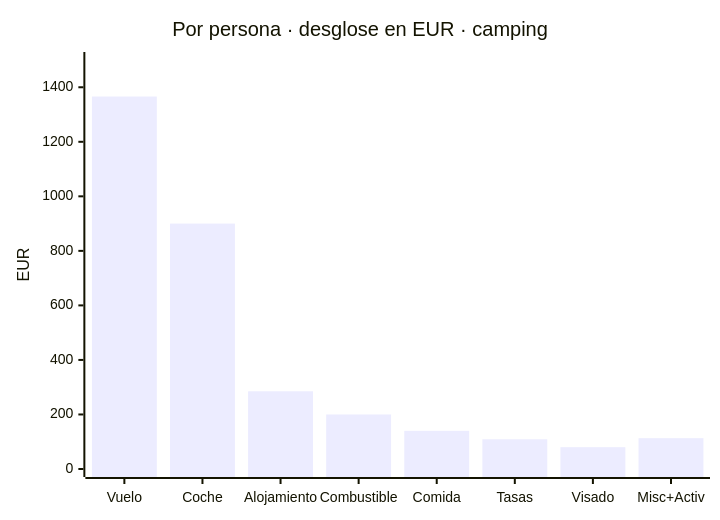
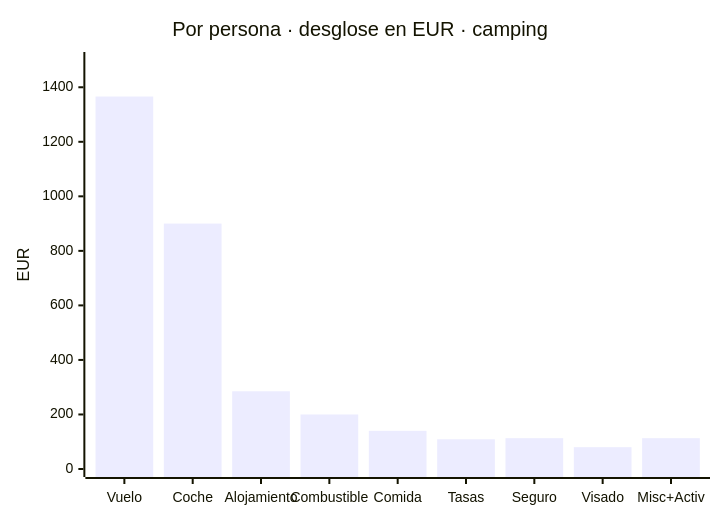
Before and after one commit to morandeirachema/namibia: the sixth of 8 diagrams in README.md, drawn with Mermaid. The commit also changed other lines of this file, not shown here.

First line of the commit message:
Anadir el seguro IATI Estrella y cerrar el hueco de fechas del vuelo de vuelta

````diff
--- a/README.md
+++ b/README.md
@@ -267,7 +338,7 @@
 ```mermaid
 xychart-beta
     title "Por persona · desglose en EUR · camping"
-    x-axis ["Vuelo", "Coche", "Alojamiento", "Combustible", "Comida", "Tasas", "Visado", "Misc+Activ"]
+    x-axis ["Vuelo", "Coche", "Alojamiento", "Combustible", "Comida", "Tasas", "Seguro", "Visado", "Misc+Activ"]
     y-axis "EUR" 0 --> 1500
-    bar [1366, 900, 285, 200, 140, 109, 80, 113]
+    bar [1366, 900, 285, 200, 140, 109, 113, 80, 113]
 ```
````
